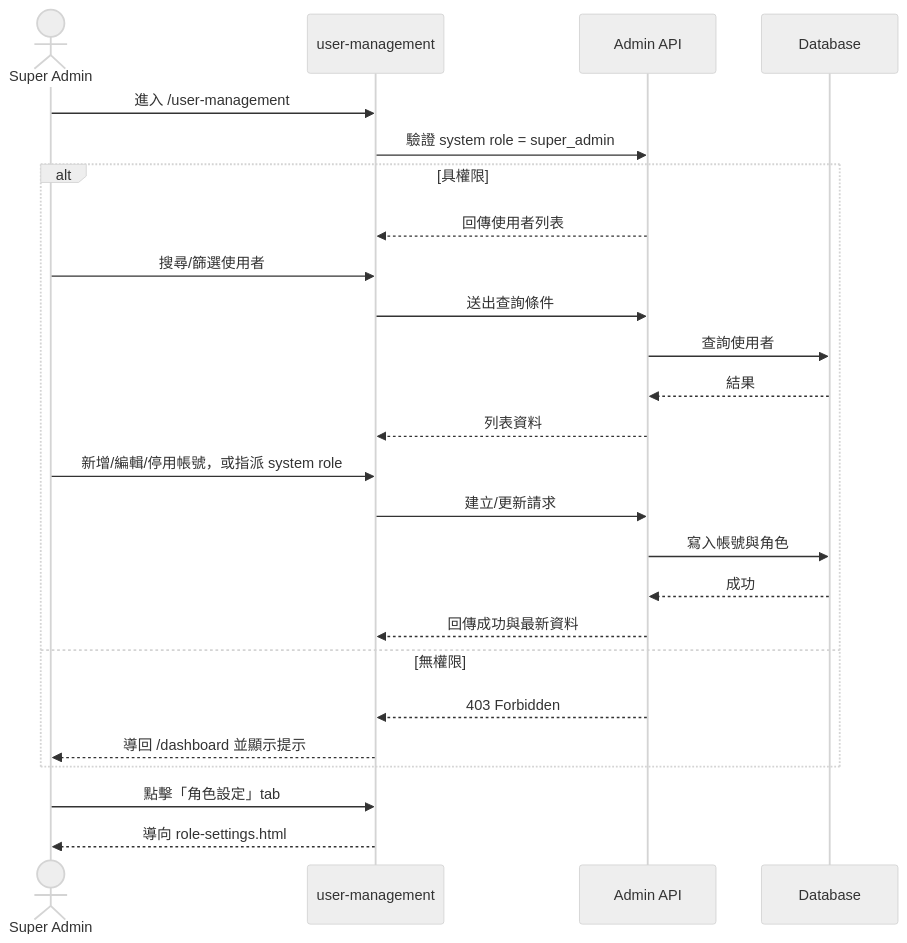
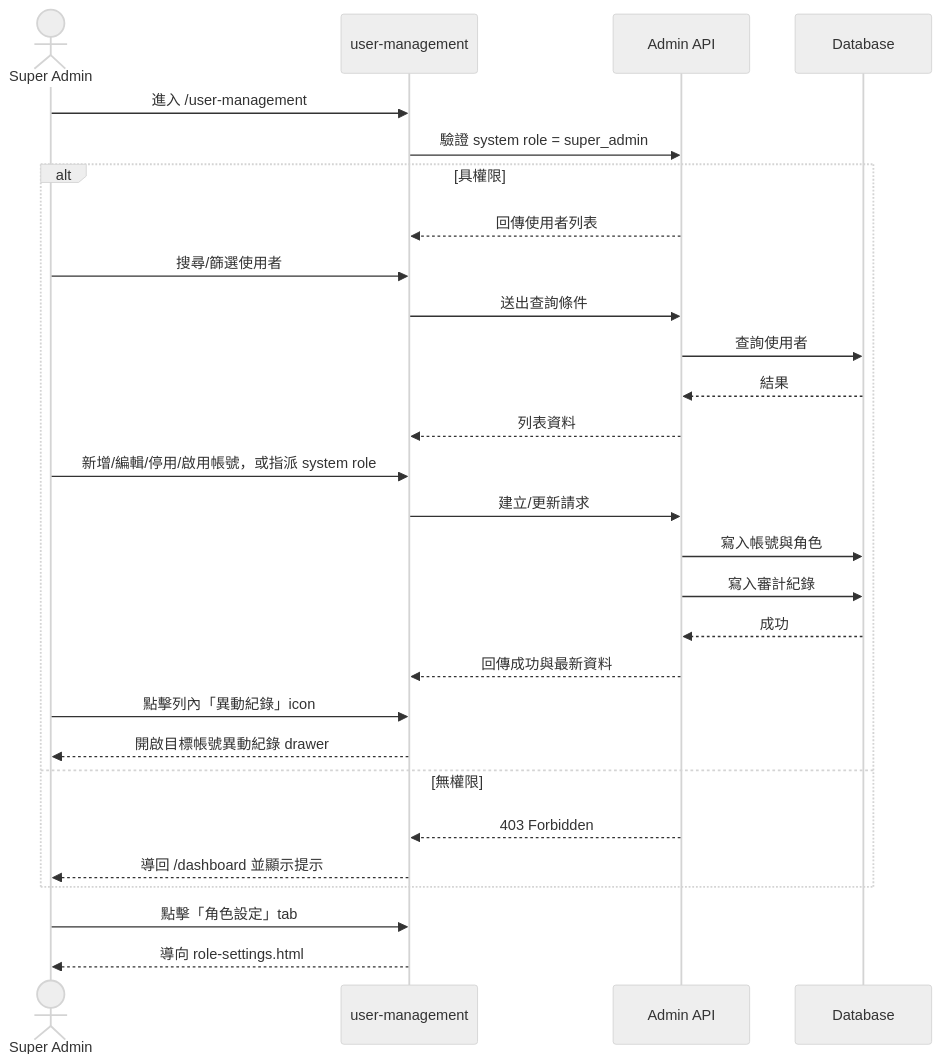
One commit to singyichen/label-suite changed the first of 2 diagrams in specs/admin/006-user-management/spec.md. Above: the diagram before and after it, drawn with Mermaid (neutral theme). The commit also changed other lines of this file and 2 other files, not shown here.

First line of the commit message:
feat(admin): add audit log drawer to user management prototype

````diff
--- a/specs/admin/006-user-management/spec.md
+++ b/specs/admin/006-user-management/spec.md
@@ -41,29 +51,32 @@
 ```mermaid
 sequenceDiagram
     actor SA as Super Admin
     participant UI as user-management
     participant API as Admin API
     participant DB as Database
 
     SA->>UI: 進入 /user-management
     UI->>API: 驗證 system role = super_admin
     alt 具權限
         API-->>UI: 回傳使用者列表
         SA->>UI: 搜尋/篩選使用者
         UI->>API: 送出查詢條件
         API->>DB: 查詢使用者
         DB-->>API: 結果
         API-->>UI: 列表資料
-        SA->>UI: 新增/編輯/停用帳號，或指派 system role
+        SA->>UI: 新增/編輯/停用/啟用帳號，或指派 system role
         UI->>API: 建立/更新請求
         API->>DB: 寫入帳號與角色
+        API->>DB: 寫入審計紀錄
         DB-->>API: 成功
         API-->>UI: 回傳成功與最新資料
+        SA->>UI: 點擊列內「異動紀錄」icon
+        UI-->>SA: 開啟目標帳號異動紀錄 drawer
     else 無權限
         API-->>UI: 403 Forbidden
         UI-->>SA: 導回 /dashboard 並顯示提示
     end
 
     SA->>UI: 點擊「角色設定」tab
     UI-->>SA: 導向 role-settings.html
 ```
````
